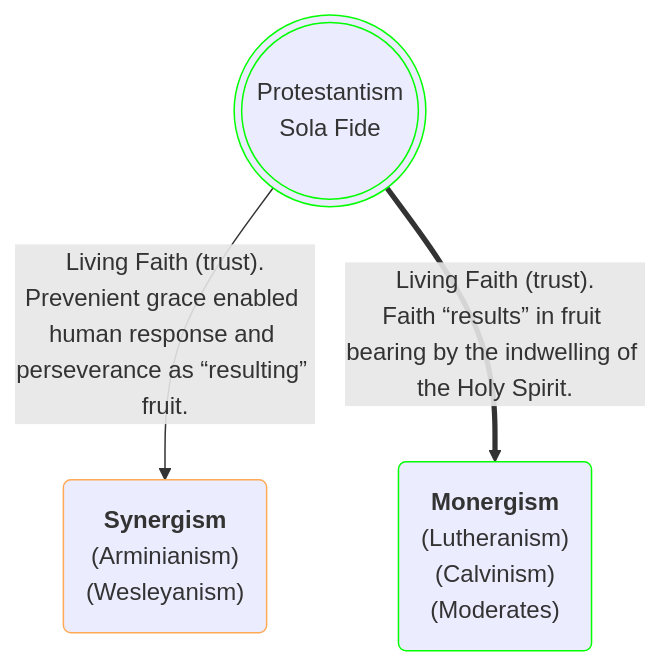
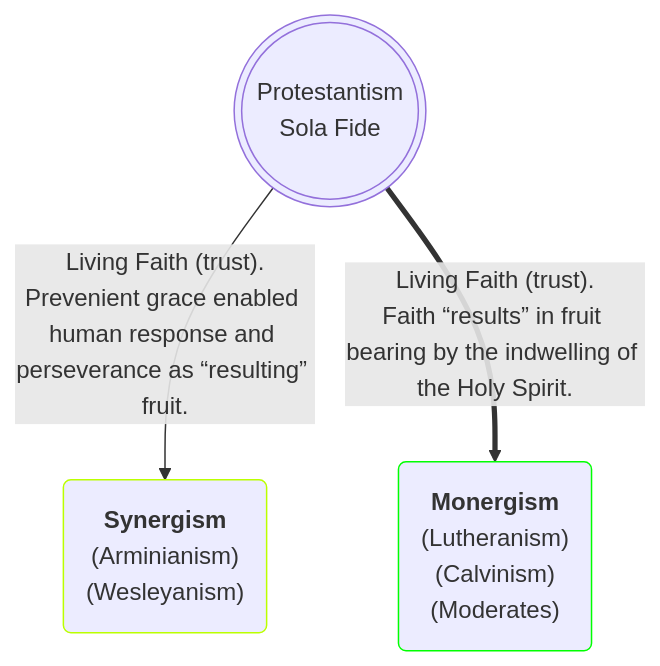
Before and after one commit to OrdoLuminis/ordoluminis.github.io: the second of 2 diagrams in _posts/2025-08-03-historic-protestant-position.markdown, drawn with Mermaid. The commit also changed other lines of this file, not shown here.

````diff
--- a/_posts/2025-08-03-historic-protestant-position.markdown
+++ b/_posts/2025-08-03-historic-protestant-position.markdown
@@ -100,8 +100,8 @@
 ```mermaid
 flowchart TD
-    A(((Protestantism<br>Sola Fide))):::green
-    A -->|Living Faith &lpar;trust&rpar;.<br>Prevenient grace enabled human response and perseverance as &ldquo;resulting&rdquo; fruit.| H(<strong>Synergism</strong><br>&lpar;Arminianism&rpar;<br>&lpar;Wesleyanism&rpar;):::orange
+    A(((Protestantism<br>Sola Fide)))
+    A -->|Living Faith &lpar;trust&rpar;.<br>Prevenient grace enabled human response and perseverance as &ldquo;resulting&rdquo; fruit.| H(<strong>Synergism</strong><br>&lpar;Arminianism&rpar;<br>&lpar;Wesleyanism&rpar;):::lightgreen
     A ==>|Living Faith &lpar;trust&rpar;.<br>Faith &ldquo;results&rdquo; in fruit bearing by the indwelling of the Holy Spirit.| I(<strong>Monergism</strong><br>&lpar;Lutheranism&rpar;<br>&lpar;Calvinism&rpar;<br>&lpar;Moderates&rpar;):::green
     classDef green stroke:#0f0
-    classDef orange stroke:#fa5
+    classDef lightgreen stroke:#Bf0
 ```
````
